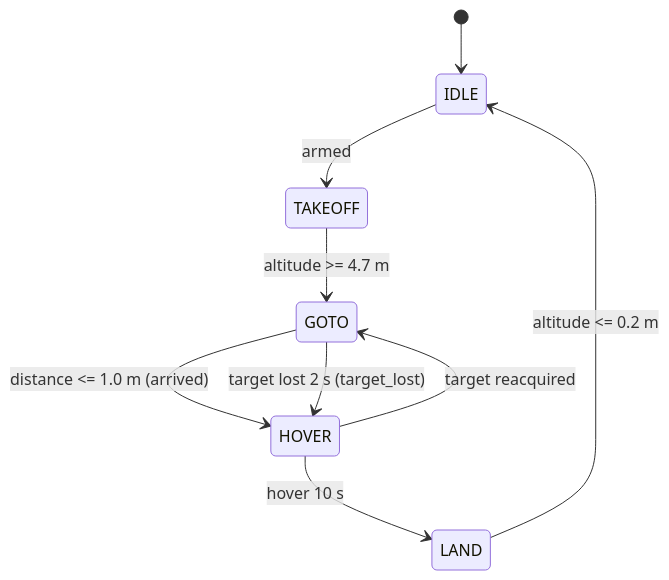
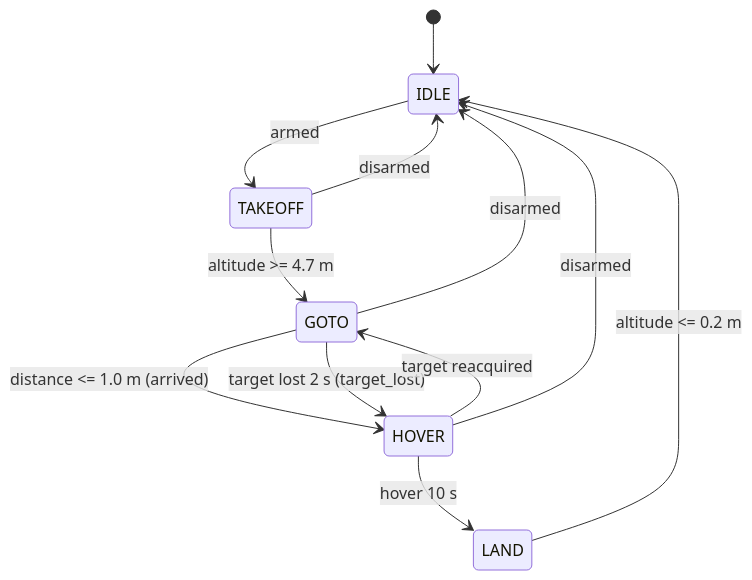
Before and after one commit to wuuu854-boop/uav-yolo-offboard-tracking: the second of 2 diagrams in docs/architecture.md, drawn with Mermaid. The commit also changed other lines of this file and 1 other file, not shown here.

Commit message:
docs: the state diagram and the review guide caught up with the code

````diff
--- a/docs/architecture.md
+++ b/docs/architecture.md
@@ -72,11 +72,14 @@
 ```mermaid
 stateDiagram-v2
   [*] --> IDLE
   IDLE --> TAKEOFF: armed
   TAKEOFF --> GOTO: altitude >= 4.7 m
   GOTO --> HOVER: distance <= 1.0 m (arrived)
   GOTO --> HOVER: target lost 2 s (target_lost)
   HOVER --> GOTO: target reacquired
   HOVER --> LAND: hover 10 s
   LAND --> IDLE: altitude <= 0.2 m
+  TAKEOFF --> IDLE: disarmed
+  GOTO --> IDLE: disarmed
+  HOVER --> IDLE: disarmed
 ```
````
